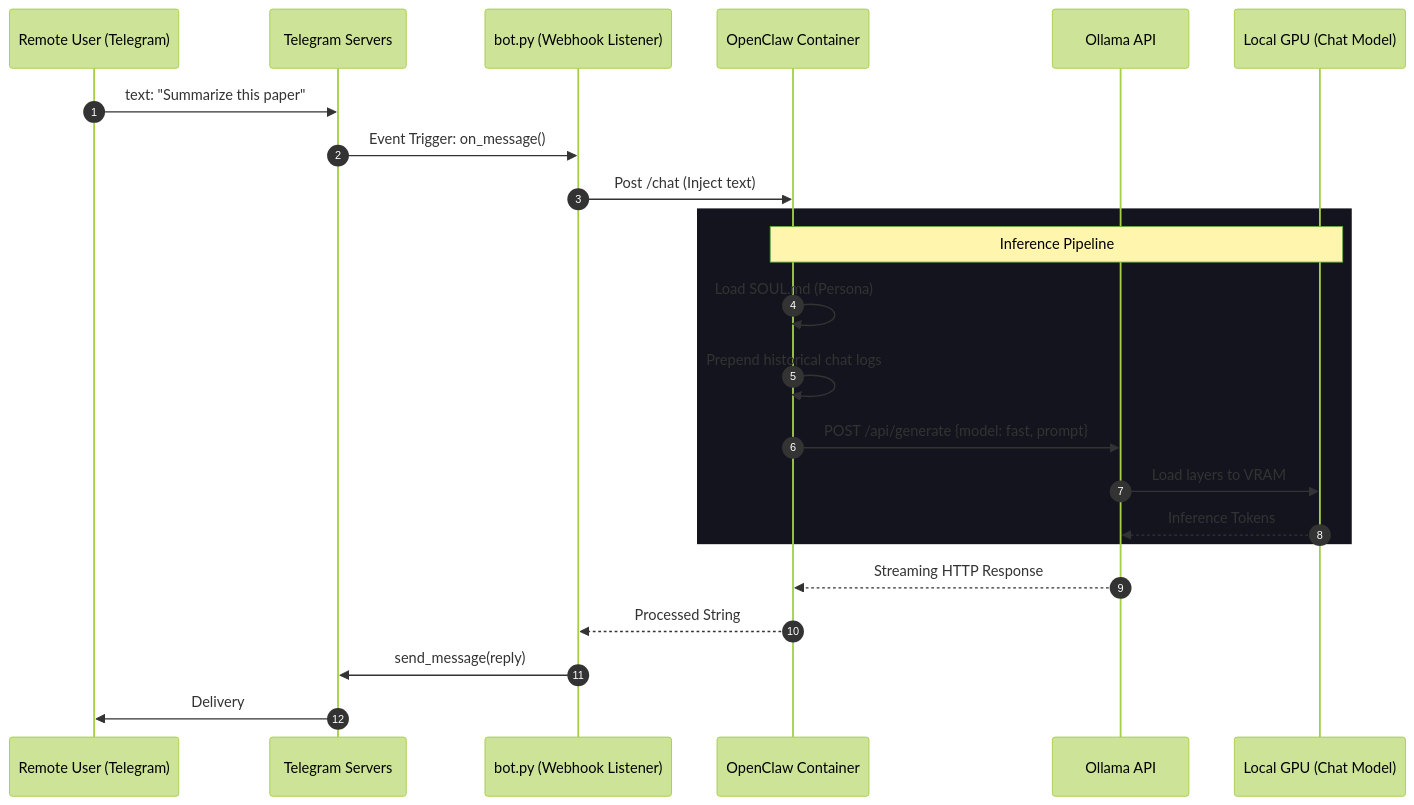
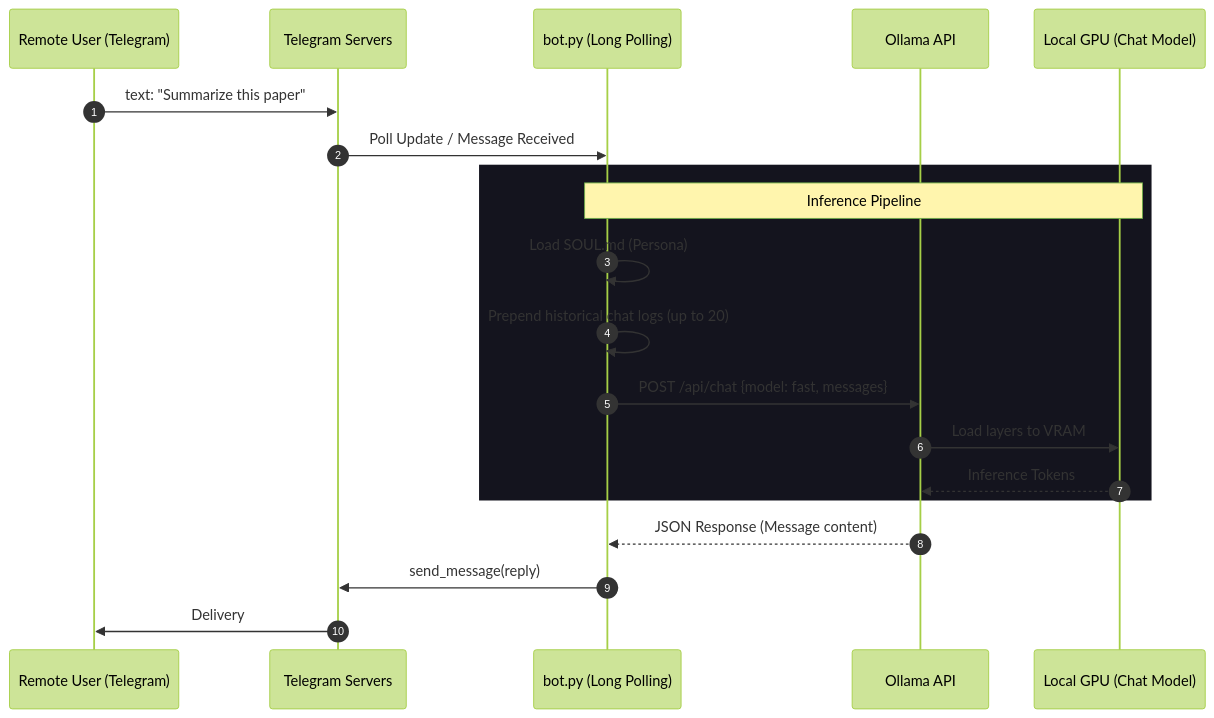
The first of 2 diagrams in DATA_FLOW.md (ArPaN-DS/JobScout-lite), drawn with Mermaid (forest theme) before and after one commit. The commit also changed other lines of this file and 19 other files, not shown here.

````diff
--- a/DATA_FLOW.md
+++ b/DATA_FLOW.md
@@ -11,28 +11,25 @@
 ```mermaid
 sequenceDiagram
     autonumber
     participant User as Remote User (Telegram)
     participant Tele as Telegram Servers
-    participant Python as bot.py (Webhook Listener)
-    participant OpenClaw as OpenClaw Container
+    participant Python as bot.py (Long Polling)
     participant Ollama as Ollama API
     participant GPU as Local GPU (Chat Model)
 
     User->>Tele: text: "Summarize this paper"
-    Tele->>Python: Event Trigger: on_message()
-    Python->>OpenClaw: Post /chat (Inject text)
+    Tele->>Python: Poll Update / Message Received
     
     rect rgb(20, 20, 30)
-    Note over OpenClaw,GPU: Inference Pipeline
-    OpenClaw->>OpenClaw: Load SOUL.md (Persona)
-    OpenClaw->>OpenClaw: Prepend historical chat logs
-    OpenClaw->>Ollama: POST /api/generate {model: fast, prompt}
+    Note over Python,GPU: Inference Pipeline
+    Python->>Python: Load SOUL.md (Persona)
+    Python->>Python: Prepend historical chat logs (up to 20)
+    Python->>Ollama: POST /api/chat {model: fast, messages}
     Ollama->>GPU: Load layers to VRAM
     GPU-->>Ollama: Inference Tokens
     end
     
-    Ollama-->>OpenClaw: Streaming HTTP Response
-    OpenClaw-->>Python: Processed String
+    Ollama-->>Python: JSON Response (Message content)
     Python->>Tele: send_message(reply)
     Tele->>User: Delivery
 ```
````
